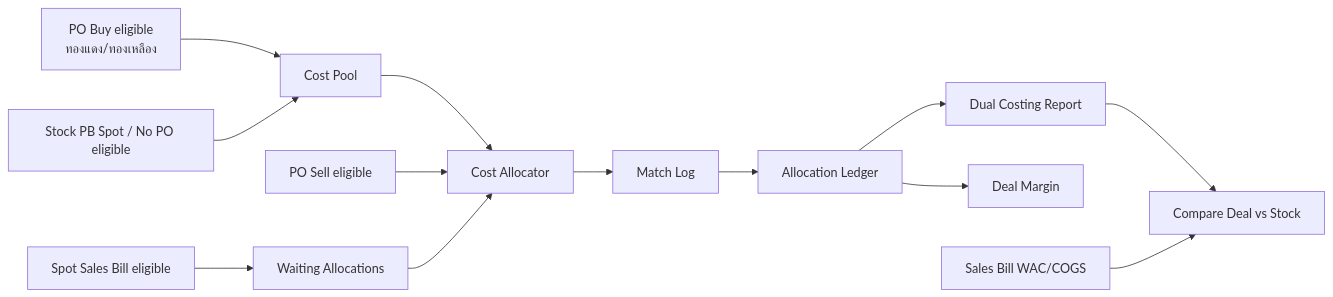
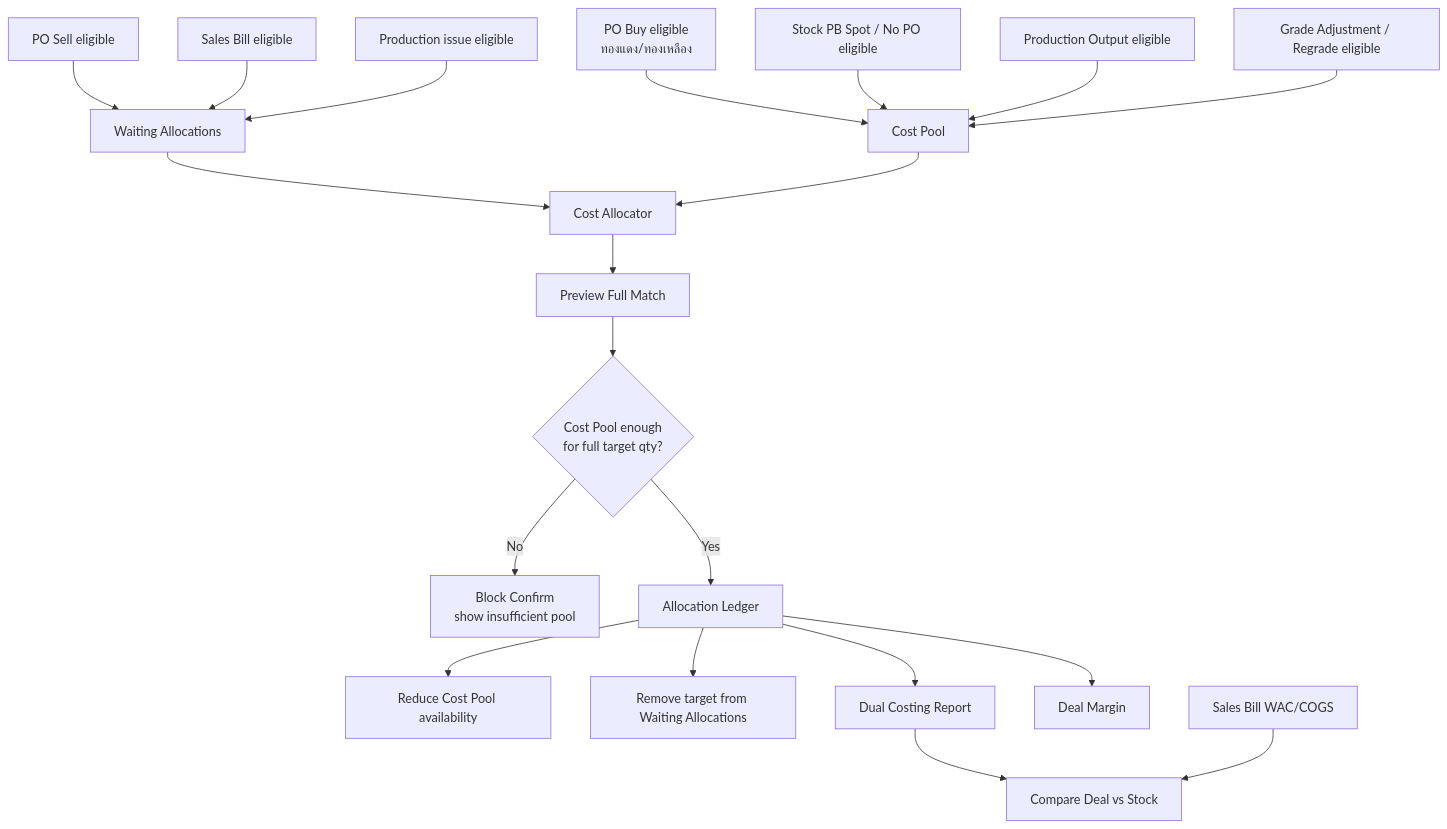
The diagram in docs/notes/Dual Costing Flow.md (terner/new-ns-scrap-erp), drawn with Mermaid before and after one commit. The commit also changed other lines of this file and 4 other files, not shown here.

Commit message:
fix(dual-costing): stabilize cost pool allocation ordering

````diff
--- a/docs/notes/Dual Costing Flow.md
+++ b/docs/notes/Dual Costing Flow.md
@@ -61,15 +61,22 @@
 ```mermaid
-flowchart LR
+flowchart TD
   POB["PO Buy eligible\nทองแดง/ทองเหลือง"] --> CP["Cost Pool"]
   SPOT["Stock PB Spot / No PO eligible"] --> CP
+  PROD["Production Output eligible"] --> CP
+  REGADE["Grade Adjustment / Regrade eligible"] --> CP
+  POS["PO Sell eligible"] --> WA["Waiting Allocations"]
+  SBSPOT["Sales Bill eligible"] --> WA
+  PRODI["Production issue eligible"] --> WA
+  WA --> CA
   CP --> CA["Cost Allocator"]
-  POS["PO Sell eligible"] --> CA
-  SBSPOT["Spot Sales Bill eligible"] --> WA["Waiting Allocations"]
-  WA --> CA
-  CA --> ML["Match Log"]
-  ML --> LEDGER["Allocation Ledger"]
+  CA --> PREVIEW["Preview Full Match"]
+  PREVIEW --> CHECK{"Cost Pool enough\nfor full target qty?"}
+  CHECK -->|No| BLOCK["Block Confirm\nshow insufficient pool"]
+  CHECK -->|Yes| LEDGER["Allocation Ledger"]
+  LEDGER --> CP2["Reduce Cost Pool availability"]
+  LEDGER --> WA2["Remove target from Waiting Allocations"]
   LEDGER --> DCR["Dual Costing Report"]
   LEDGER --> DM["Deal Margin"]
   DCR --> CMP["Compare Deal vs Stock"]
   SBWAC["Sales Bill WAC/COGS"] --> CMP
 ```
````
